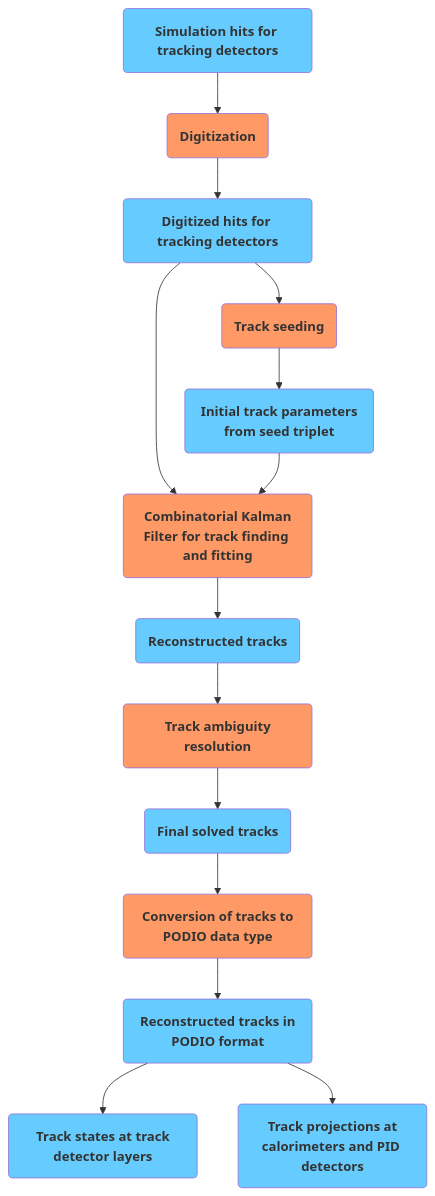
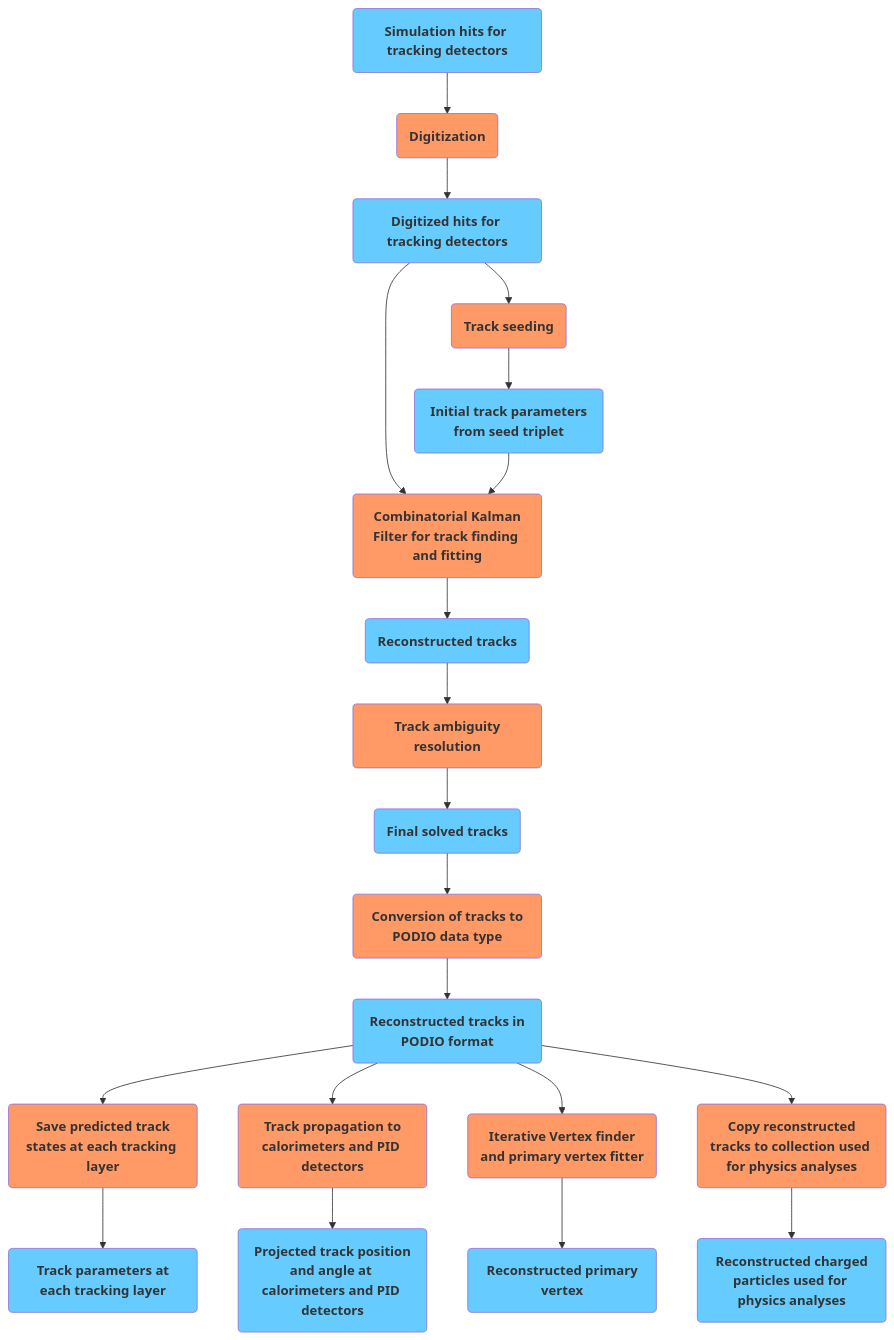
Before and after one commit to eic/EICrecon: the first of 4 diagrams in docs/design/tracking.md, drawn with Mermaid.

````diff
--- a/docs/design/tracking.md
+++ b/docs/design/tracking.md
@@ -4,25 +4,32 @@
 ```mermaid
 flowchart TB
   classDef alg fill:#f96;
   classDef col fill:#66ccff;
 
   SimHits(<strong>Simulation hits for tracking detectors</strong>):::col
   SimHits --> TrackDigi(<strong>Digitization</strong>):::alg
   TrackDigi --> RecHits(<strong>Digitized hits for tracking detectors</strong>):::col
 
   RecHits --> TrackSeeding(<strong> Track seeding):::alg
   TrackSeeding --> InitParams(<strong> Initial track parameters from seed triplet):::col
 
   RecHits --> CKFTracking(<strong> Combinatorial Kalman Filter for track finding and fitting):::alg
   InitParams --> CKFTracking
   CKFTracking --> ActsTracksUnsolved(<strong> Reconstructed tracks):::col
 
   ActsTracksUnsolved --> AmbiguitySolver(<strong> Track ambiguity resolution):::alg
   AmbiguitySolver --> ActsTracks(<strong> Final solved tracks):::col
 
   ActsTracks --> TypeConverter(<strong> Conversion of tracks to PODIO data type):::alg
   TypeConverter --> ReconstructedTracks(<strong> Reconstructed tracks in PODIO format):::col
 
-  ReconstructedTracks --> TrackProjector(<strong> Track states at track detector layers):::col
-  ReconstructedTracks --> TrackPropagator(<strong> Track projections at calorimeters and PID detectors):::col
+  ReconstructedTracks --> TrackProjector(<strong> Save predicted track states at each tracking layer):::alg
+  TrackProjector --> TrackStates(<strong> Track parameters at each tracking layer):::col
+  ReconstructedTracks --> TrackPropagator(<strong> Track propagation to calorimeters and PID detectors):::alg
+  TrackPropagator --> PropagatedTracks(<strong> Projected track position and angle at calorimeters and PID detectors):::col
+  ReconstructedTracks -->IterVertFind(<strong> Iterative Vertex finder and primary vertex fitter):::alg
+  IterVertFind --> PrimVertices(<strong> Reconstructed primary vertex):::col
+  ReconstructedTracks --> ParticleFactory(<strong> Copy reconstructed tracks to collection used for physics analyses):::alg
+  ParticleFactory --> ReconstructedChargedParticles(<strong> Reconstructed charged particles used for physics analyses):::col
+
 ```
````
